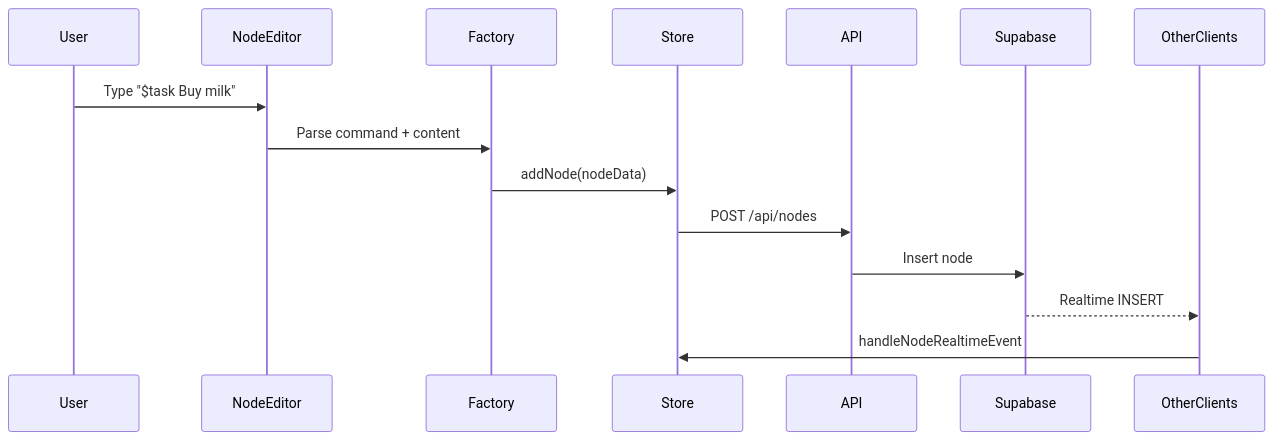
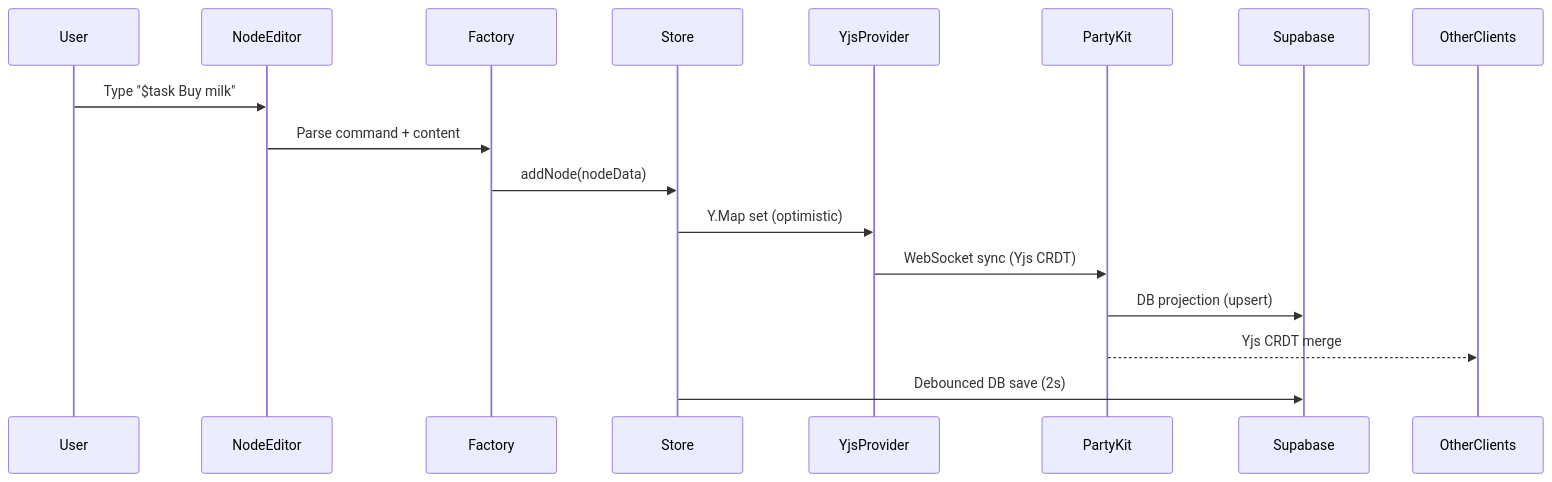
Before and after one commit to kudziajaroslaw98/moistus-ai: the second of 4 diagrams in docs/CODEBASE_MAP.md, drawn with Mermaid. The commit also changed other lines of this file and 1 other file, not shown here.

First line of the commit message:
docs: update changelog and codebase map for PartyKit migration

````diff
--- a/docs/CODEBASE_MAP.md
+++ b/docs/CODEBASE_MAP.md
@@ -251,18 +265,20 @@
 ```mermaid
 sequenceDiagram
     participant User
     participant NodeEditor
     participant Factory
     participant Store
-    participant API
+    participant YjsProvider
+    participant PartyKit
     participant Supabase
     participant OtherClients
 
     User->>NodeEditor: Type "$task Buy milk"
     NodeEditor->>Factory: Parse command + content
     Factory->>Store: addNode(nodeData)
-    Store->>API: POST /api/nodes
-    API->>Supabase: Insert node
-    Supabase-->>OtherClients: Realtime INSERT
-    OtherClients->>Store: handleNodeRealtimeEvent
+    Store->>YjsProvider: Y.Map set (optimistic)
+    YjsProvider->>PartyKit: WebSocket sync (Yjs CRDT)
+    PartyKit->>Supabase: DB projection (upsert)
+    PartyKit-->>OtherClients: Yjs CRDT merge
+    Store->>Supabase: Debounced DB save (2s)
 ```
````
